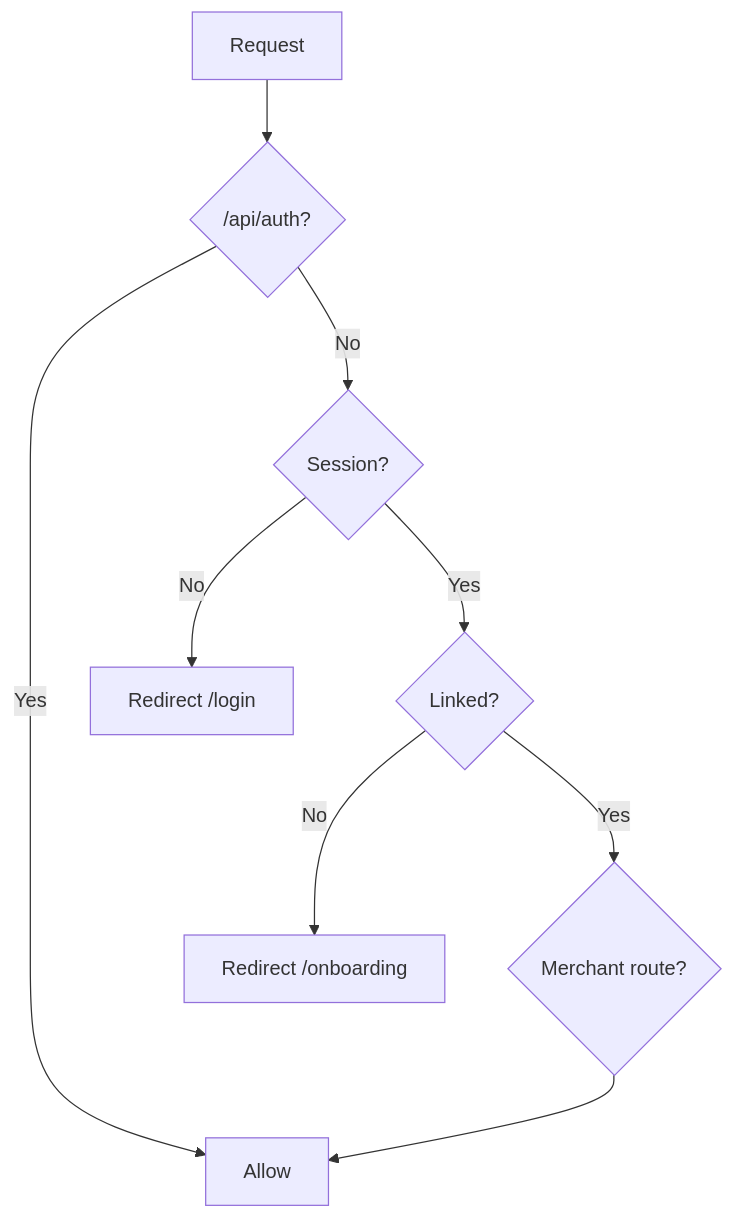
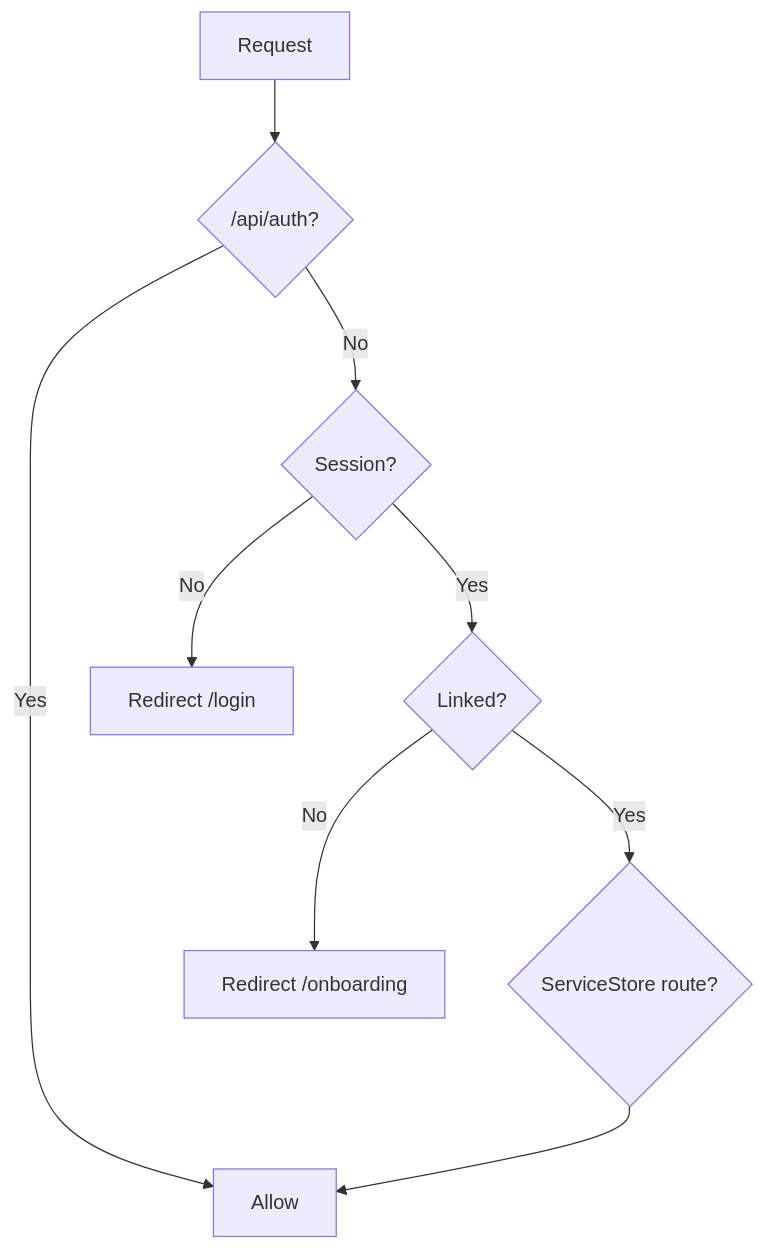
One commit to plc-r-dev/autohub changed the second of 2 diagrams in docs/architecture/api.md. Above: the diagram before and after it, drawn with Mermaid. The commit also changed other lines of this file and 286 other files, not shown here.

First line of the commit message:
refactor: complete merchant-to-ServiceStore rename and customer LIFF restructure

````diff
--- a/docs/architecture/api.md
+++ b/docs/architecture/api.md
@@ -164,11 +164,11 @@
 ```mermaid
 flowchart TD
   R[Request] --> API{/api/auth?}
   API -->|Yes| Allow[Allow]
   API -->|No| Session{Session?}
   Session -->|No| Login[Redirect /login]
   Session -->|Yes| Identity{Linked?}
   Identity -->|No| Onboard[Redirect /onboarding]
-  Identity -->|Yes| Merchant{Merchant route?}
-  Merchant --> Allow
+  Identity -->|Yes| ServiceStore{ServiceStore route?}
+  ServiceStore --> Allow
 ```
````
